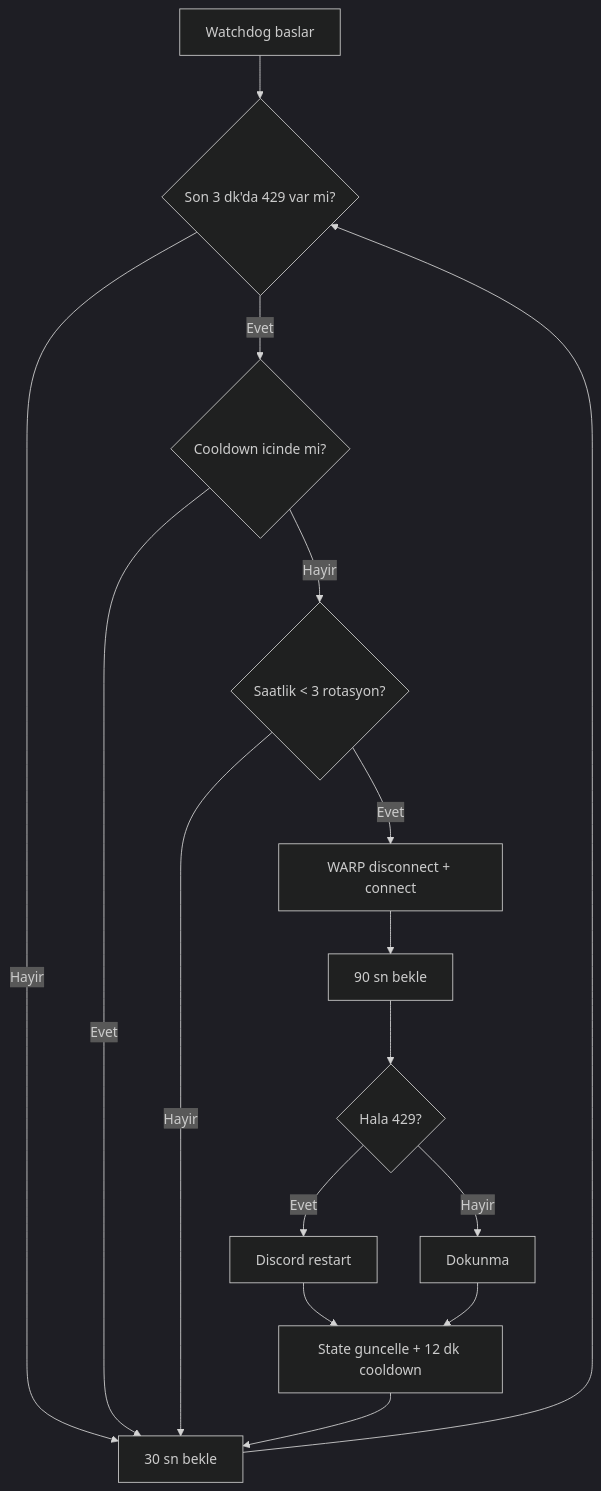
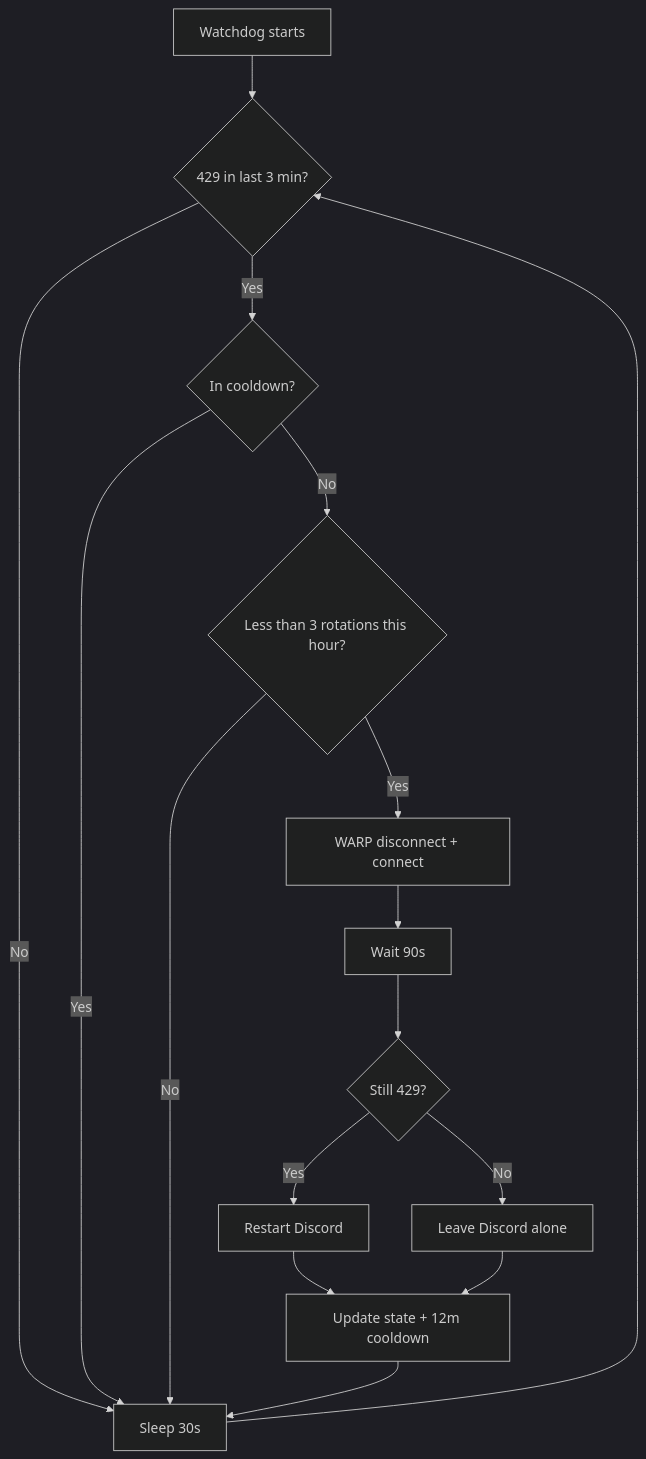
Before and after one commit to brkNx/discord-429-watchdog-warp-zero-trust--loading-: the diagram in README.md, drawn with Mermaid (dark theme). The commit also changed other lines of this file and 4 other files, not shown here.

````diff
--- a/README.md
+++ b/README.md
@@ -131,18 +131,18 @@
 ```mermaid
 flowchart TD
-    A[Watchdog baslar] --> B{Son 3 dk'da 429 var mi?}
-    B -->|Hayir| C[30 sn bekle]
+    A[Watchdog starts] --> B{429 in last 3 min?}
+    B -->|No| C[Sleep 30s]
     C --> B
-    B -->|Evet| D{Cooldown icinde mi?}
-    D -->|Evet| C
-    D -->|Hayir| E{Saatlik < 3 rotasyon?}
-    E -->|Hayir| C
-    E -->|Evet| F[WARP disconnect + connect]
-    F --> G[90 sn bekle]
-    G --> H{Hala 429?}
-    H -->|Evet| I[Discord restart]
-    H -->|Hayir| J[Dokunma]
-    I --> K[State guncelle + 12 dk cooldown]
+    B -->|Yes| D{In cooldown?}
+    D -->|Yes| C
+    D -->|No| E{Less than 3 rotations this hour?}
+    E -->|No| C
+    E -->|Yes| F[WARP disconnect + connect]
+    F --> G[Wait 90s]
+    G --> H{Still 429?}
+    H -->|Yes| I[Restart Discord]
+    H -->|No| J[Leave Discord alone]
+    I --> K[Update state + 12m cooldown]
     J --> K
     K --> C
 ```
````
